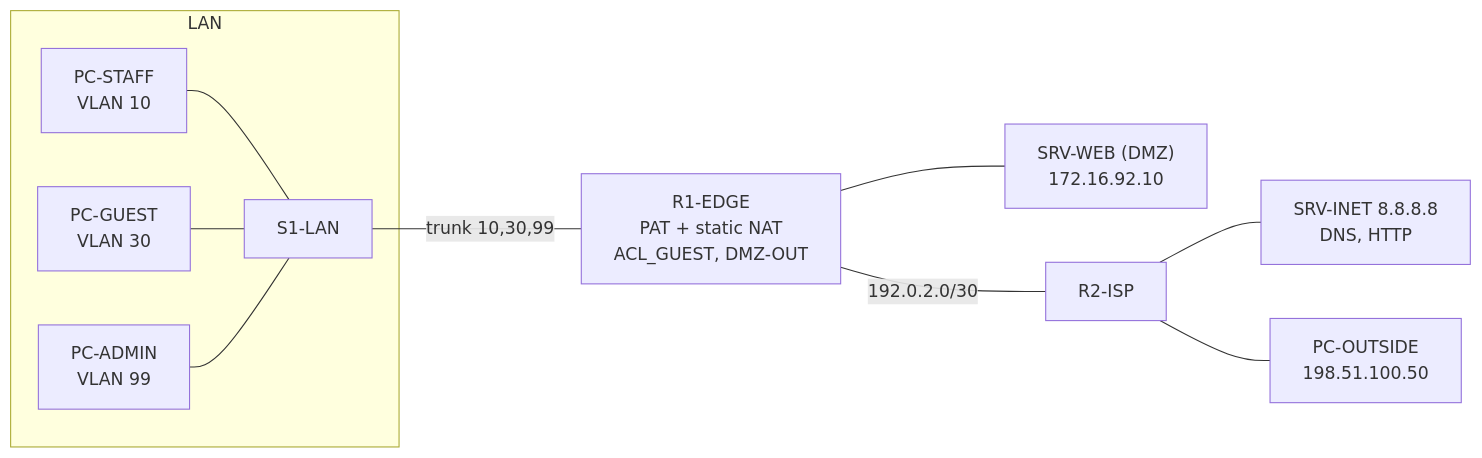
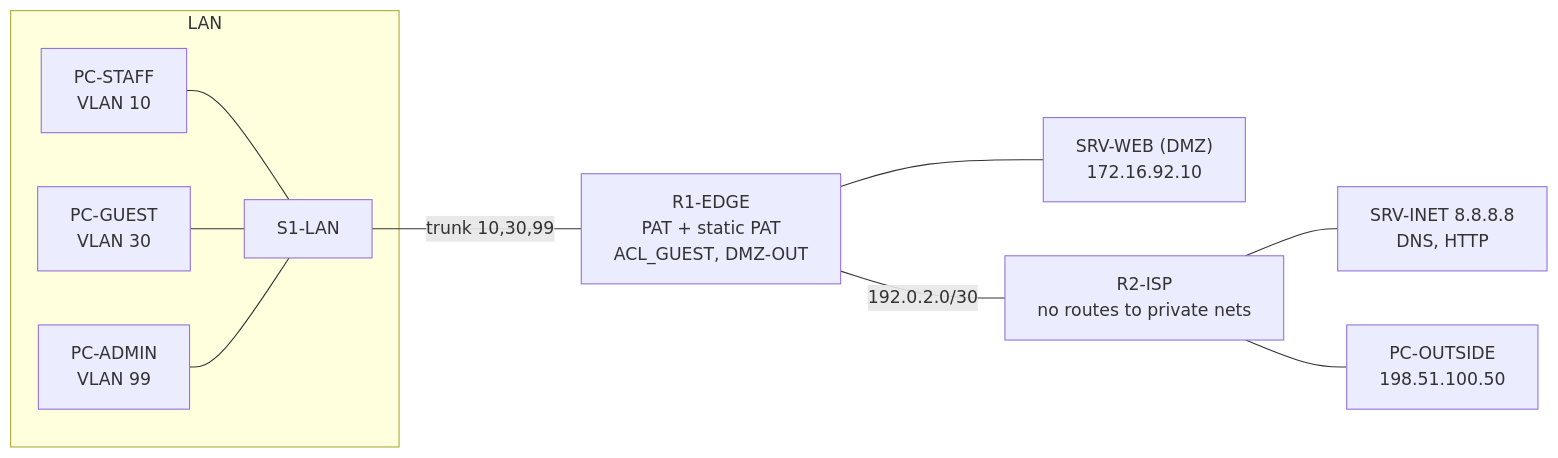
Before and after one commit to mwozniak-net/cisco-network-labs: the diagram in 03-quickbite-nat-dmz-acl/README.md, drawn with Mermaid. The commit also changed other lines of this file and 29 other files, not shown here.

````diff
--- a/03-quickbite-nat-dmz-acl/README.md
+++ b/03-quickbite-nat-dmz-acl/README.md
@@ -11,22 +13,22 @@
 ```mermaid
 flowchart LR
   subgraph LAN
     STAFF["PC-STAFF<br/>VLAN 10"]
     GUEST["PC-GUEST<br/>VLAN 30"]
     ADMIN["PC-ADMIN<br/>VLAN 99"]
     S1["S1-LAN"]
   end
   WEB["SRV-WEB (DMZ)<br/>172.16.92.10"]
-  R1["R1-EDGE<br/>PAT + static NAT<br/>ACL_GUEST, DMZ-OUT"]
-  ISP["R2-ISP"]
+  R1["R1-EDGE<br/>PAT + static PAT<br/>ACL_GUEST, DMZ-OUT"]
+  ISP["R2-ISP<br/>no routes to private nets"]
   INET["SRV-INET 8.8.8.8<br/>DNS, HTTP"]
   OUT["PC-OUTSIDE<br/>198.51.100.50"]
   STAFF --- S1
   GUEST --- S1
   ADMIN --- S1
   S1 ---|"trunk 10,30,99"| R1
   R1 --- WEB
   R1 ---|"192.0.2.0/30"| ISP
   ISP --- INET
   ISP --- OUT
 ```
````
